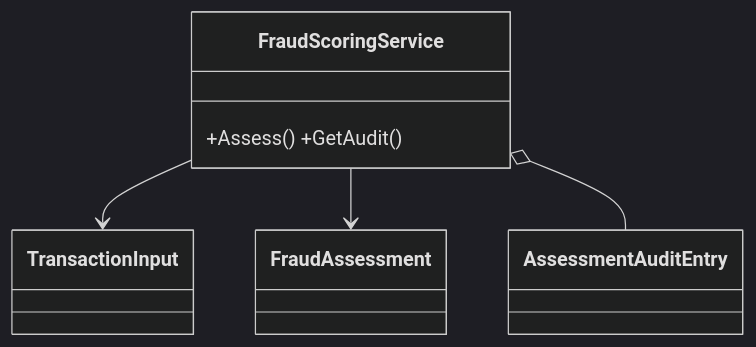
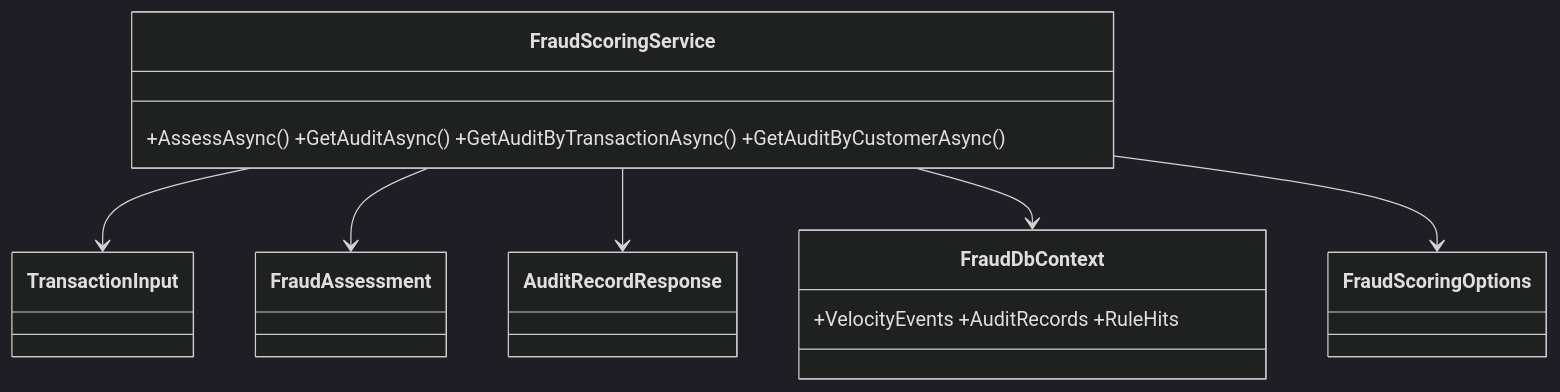
The first of 2 diagrams in docs/uml.md (Dedmoo/TransactionFraudEngine), drawn with Mermaid (dark theme) before and after one commit. The commit also changed other lines of this file and 23 other files, not shown here.

Commit message:
feat: durable fraud audit store, configurable rules, Docker, CI

````diff
--- a/docs/uml.md
+++ b/docs/uml.md
@@ -2,10 +2,14 @@
 ```mermaid
 classDiagram
-  class FraudScoringService { +Assess() +GetAudit() }
+  class FraudScoringService { +AssessAsync() +GetAuditAsync() +GetAuditByTransactionAsync() +GetAuditByCustomerAsync() }
+  class FraudDbContext { +VelocityEvents +AuditRecords +RuleHits }
   class TransactionInput
   class FraudAssessment
-  class AssessmentAuditEntry
+  class AuditRecordResponse
+  class FraudScoringOptions
   FraudScoringService --> TransactionInput
   FraudScoringService --> FraudAssessment
-  FraudScoringService o-- AssessmentAuditEntry
+  FraudScoringService --> AuditRecordResponse
+  FraudScoringService --> FraudDbContext
+  FraudScoringService --> FraudScoringOptions
 ```
````
